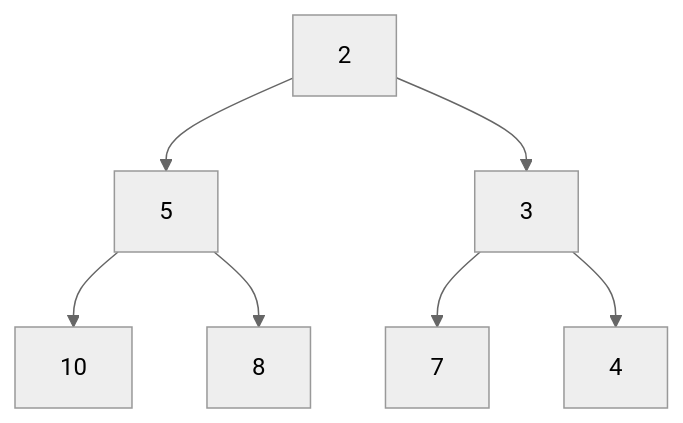
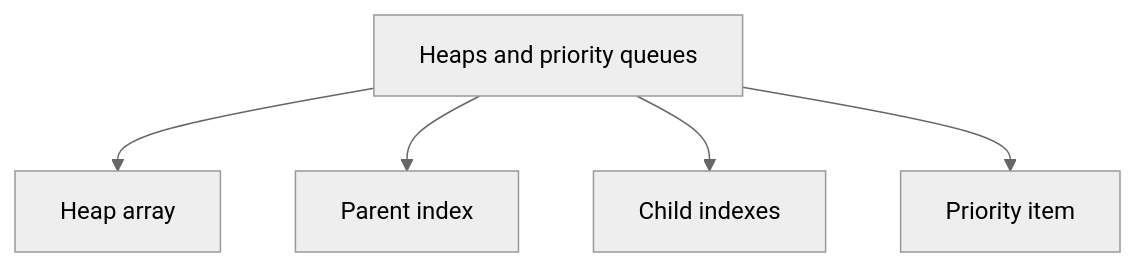
One commit to 9999dude/omega changed the first of 16 diagrams in docs/datastructures/heap-priority-queues.md. Above: the diagram before and after it, drawn with Mermaid (neutral theme). The commit also changed other lines of this file and 58 other files, not shown here.

````diff
--- a/docs/datastructures/heap-priority-queues.md
+++ b/docs/datastructures/heap-priority-queues.md
@@ -128,9 +27,8 @@
 ```mermaid
-graph TD
-    A["2"] --> B["5"]
-    A --> C["3"]
-    B --> D["10"]
-    B --> E["8"]
-    C --> F["7"]
-    C --> G["4"]
+flowchart TD
+    T["Heaps and priority queues"]
+    T --> R0["Heap array"]
+    T --> R1["Parent index"]
+    T --> R2["Child indexes"]
+    T --> R3["Priority item"]
 ```
````
